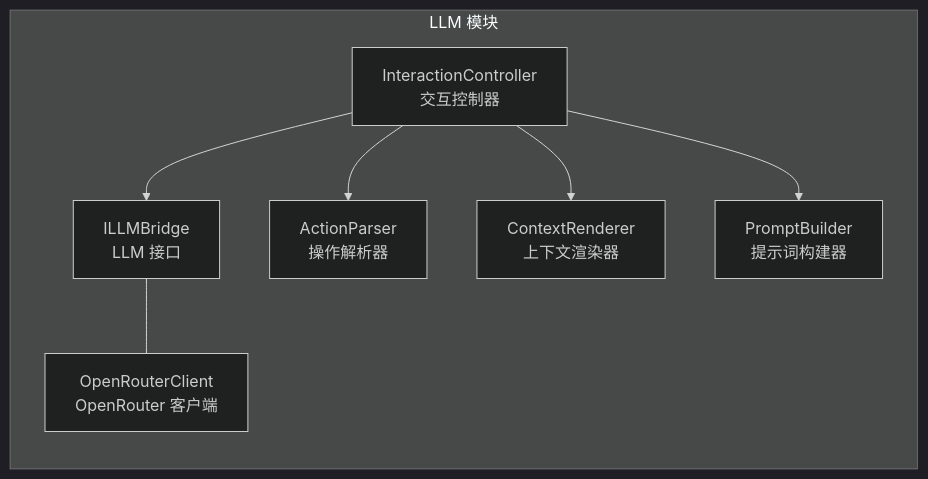
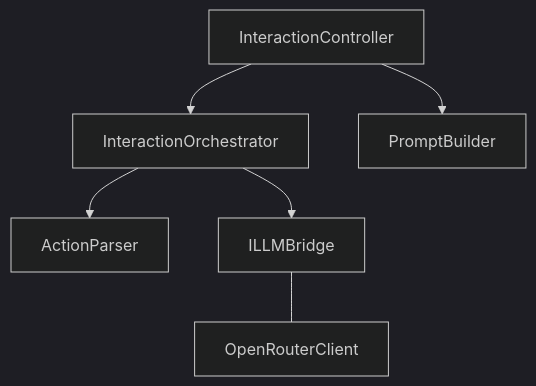
The diagram in docs/tech/03-llm-module.md (VoidState-1/AgentContextInterface), drawn with Mermaid (dark theme) before and after one commit. The commit also changed other lines of this file and 8 other files, not shown here.

````diff
--- a/docs/tech/03-llm-module.md
+++ b/docs/tech/03-llm-module.md
@@ -9,17 +16,15 @@
 ```mermaid
-graph LR
-    subgraph "LLM 模块"
-        IC[InteractionController<br/>交互控制器]
-        LLM[ILLMBridge<br/>LLM 接口]
-        ORC[OpenRouterClient<br/>OpenRouter 客户端]
-        AP[ActionParser<br/>操作解析器]
-        PB[PromptBuilder<br/>提示词构建器]
-        CR[ContextRenderer<br/>上下文渲染器]
-    end
-    
-    IC --> LLM
-    LLM --- ORC
-    IC --> AP
-    IC --> CR
+graph TB
+    IC[InteractionController]
+    IOR[InteractionOrchestrator]
+    AP[ActionParser]
+    PB[PromptBuilder]
+    BRIDGE[ILLMBridge]
+    OR[OpenRouterClient]
+
+    IC --> IOR
+    IOR --> AP
+    IOR --> BRIDGE
     IC --> PB
+    BRIDGE --- OR
 ```
````
